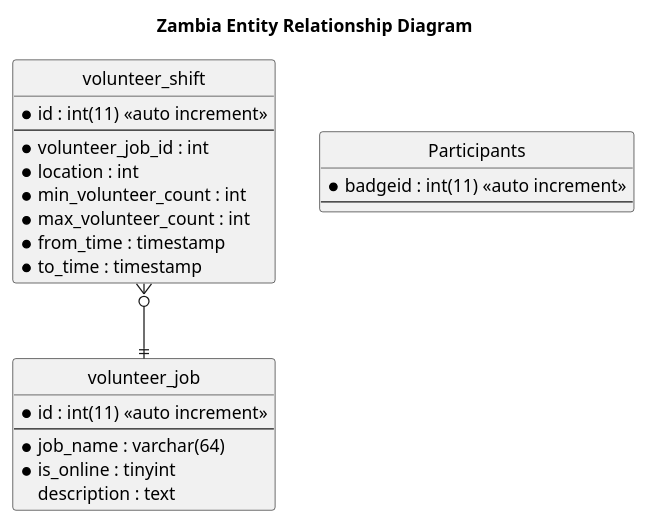
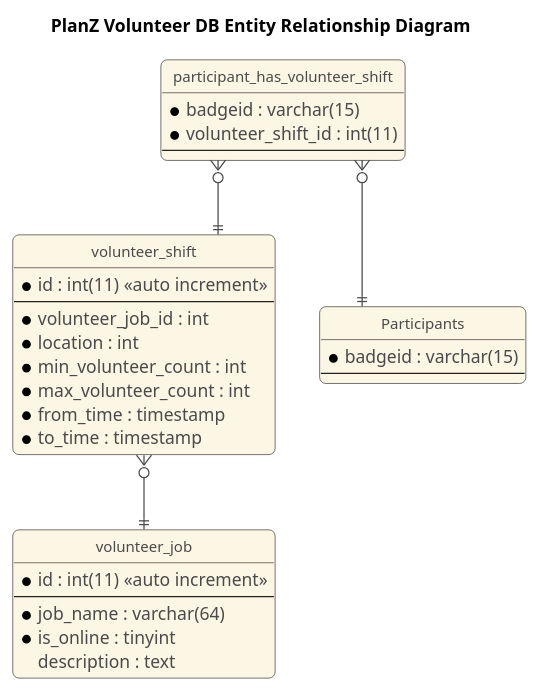
The diagram in Documentation/Development_Documentation/volunteer/volunteer_er_diagram.puml (LVerhulst4321/PlanZ), drawn with PlantUML before and after one commit. The commit also changed 2 other files, not shown here.

```diff
--- a/Documentation/Development_Documentation/volunteer/volunteer_er_diagram.puml
+++ b/Documentation/Development_Documentation/volunteer/volunteer_er_diagram.puml
@@ -1,36 +1,61 @@
-@startuml
-title Zambia Entity Relationship Diagram
+@startuml volunteer_er_diagram
+title PlanZ Volunteer DB Entity Relationship Diagram
 'hide the spot
 hide circle
 
 'avoid problems with angled crows feet
 skinparam linetype ortho
+
+skinparam roundCorner 10
+
+skinparam Arrow {
+    Color #4a4a4a
+    FontColor #4a4a4a
+    FontSize 12
+}
+
+skinparam class {
+    BorderColor #222222
+    FontColor #222222
+    BackgroundColor #fcf6e4
+    FontSize 12
+    AttributeFontColor #4a4a4a
+}
+
 
 entity volunteer_job {
 * id : int(11) <<auto increment>>
 --
 * job_name : varchar(64)
 * is_online : tinyint
   description : text
 }
 
 entity volunteer_shift {
 * id : int(11) <<auto increment>>
 --
 * volunteer_job_id : int
 * location : int
 * min_volunteer_count : int
 * max_volunteer_count : int
 * from_time : timestamp
 * to_time : timestamp
 }
 
+entity participant_has_volunteer_shift {
+* badgeid : varchar(15)
+* volunteer_shift_id : int(11)
+--
+}
+
 entity Participants {
-* badgeid : int(11) <<auto increment>>
+* badgeid : varchar(15)
 --
 }
 
 volunteer_shift }o--|| volunteer_job
+participant_has_volunteer_shift }o--|| volunteer_shift
+participant_has_volunteer_shift }o--|| Participants
 
 
 @enduml
```
